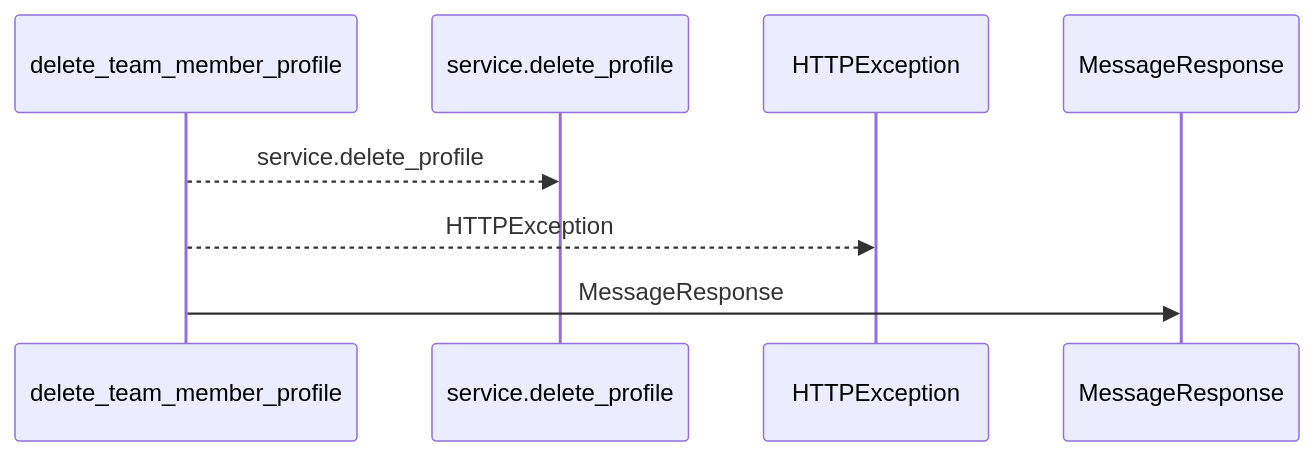
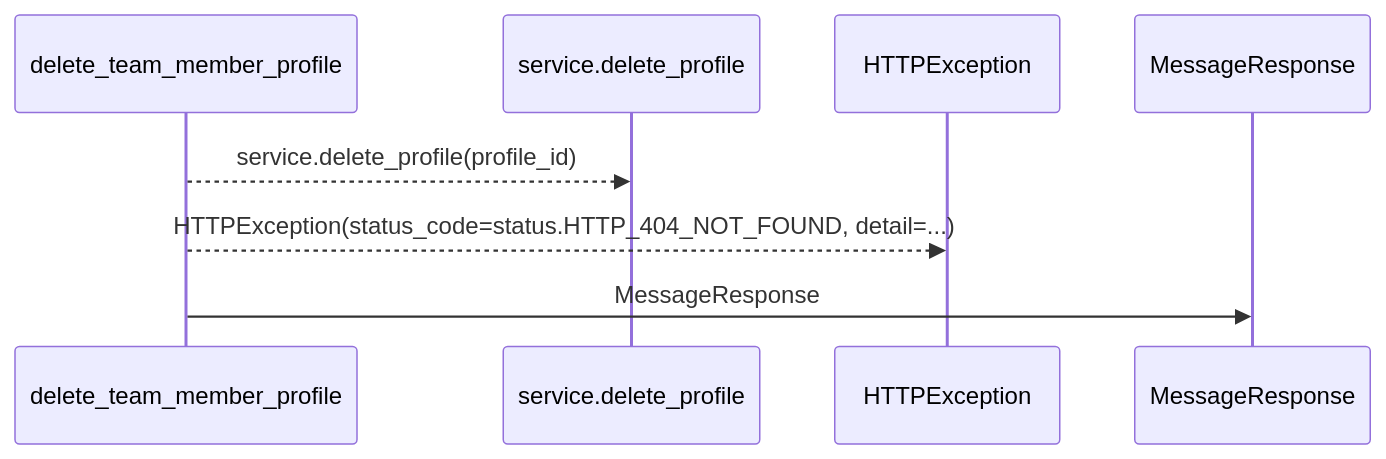
One commit to Denissvgn/WorkChord changed the first of 2 diagrams in docs/llm_wiki/flows/http-delete_team_member_profile.md. Above: the diagram before and after it, drawn with Mermaid. The commit also changed other lines of this file and 25171 other files, not shown here.

````diff
--- a/docs/llm_wiki/flows/http-delete_team_member_profile.md
+++ b/docs/llm_wiki/flows/http-delete_team_member_profile.md
@@ -10,10 +12,10 @@
 ```mermaid
 sequenceDiagram
     participant p0 as delete_team_member_profile
     participant p1 as service.delete_profile
     participant p2 as HTTPException
     participant p3 as MessageResponse
-    p0-->>p1: service.delete_profile
-    p0-->>p2: HTTPException
+    p0-->>p1: service.delete_profile(profile_id)
+    p0-->>p2: HTTPException(status_code=status.HTTP_404_NOT_FOUND, detail=...)
     p0->>p3: MessageResponse
 ```
````
